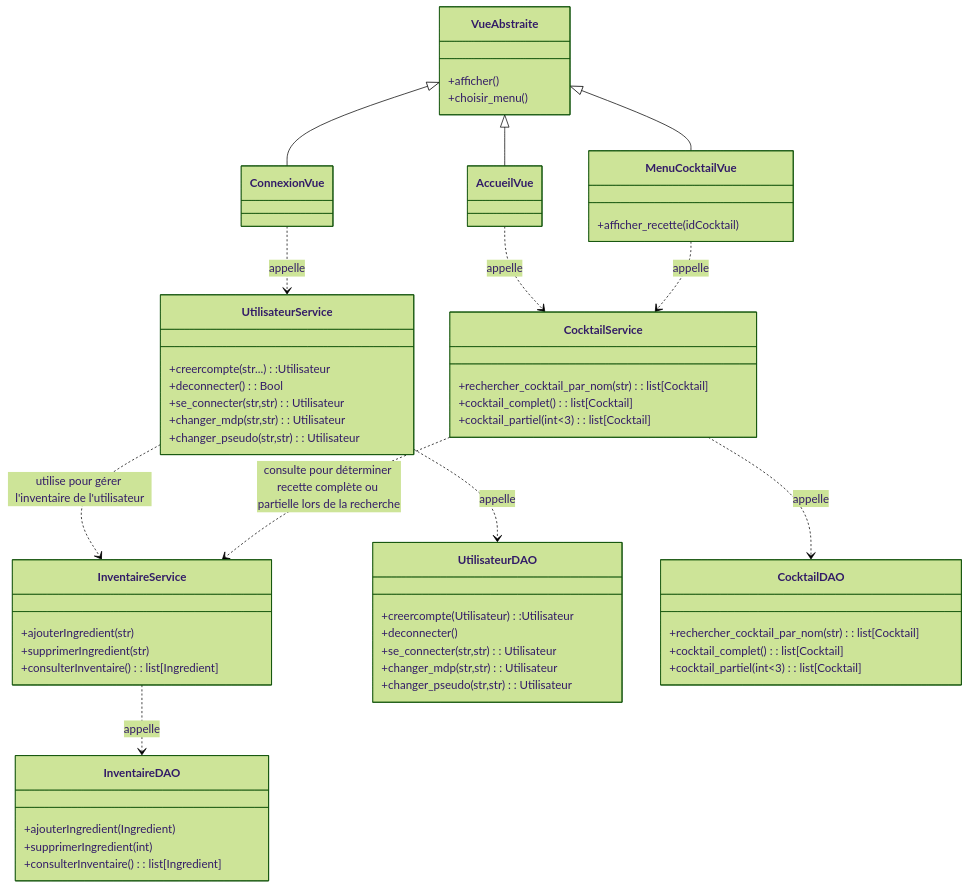
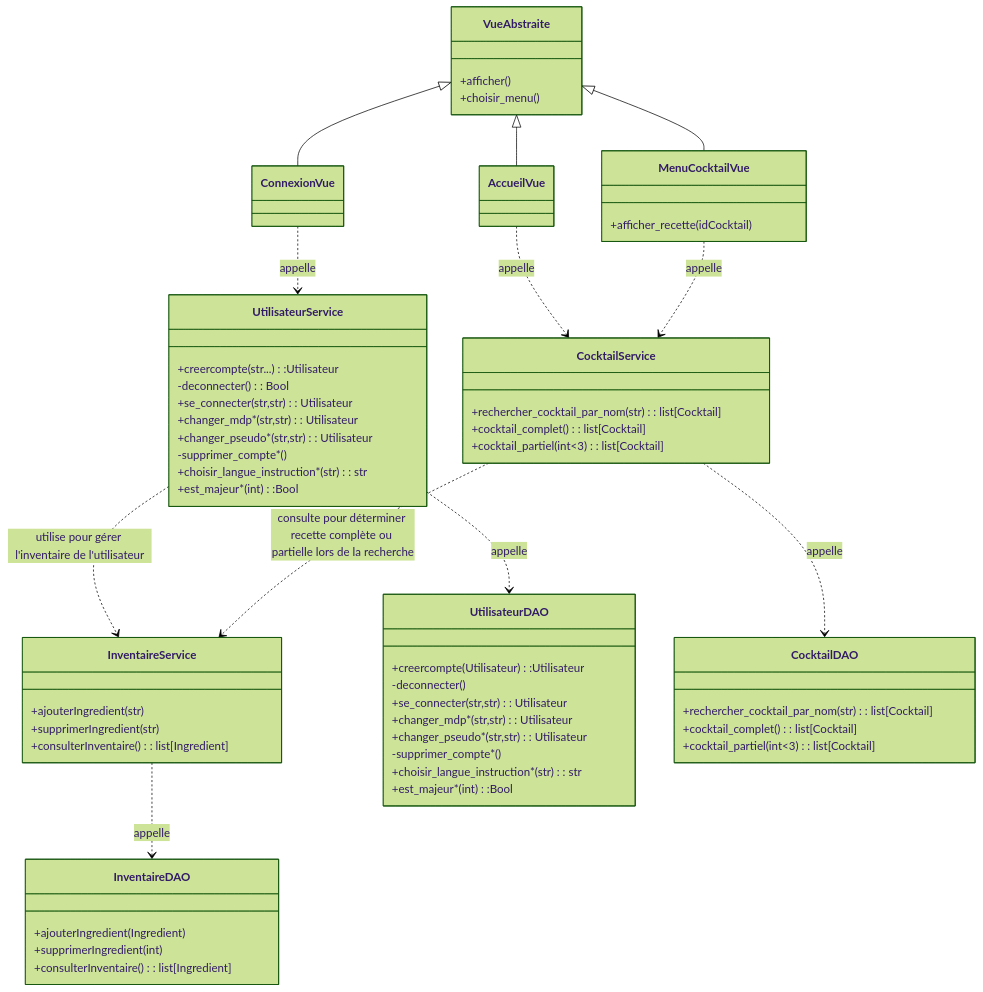
Before and after one commit to morgannder/ENSAI-2A-projet-info: the diagram in doc/diag_classes_business.md, drawn with Mermaid (forest theme). The commit also changed 1 other file, not shown here.

Commit message:
Mise à jour des diagrammes de classes avec les fonctionnalitées optionnelles

````diff
--- a/doc/diag_classes_business.md
+++ b/doc/diag_classes_business.md
@@ -43,10 +43,13 @@
   
     class UtilisateurService {
         +creercompte(str...) :Utilisateur
-        +deconnecter() : Bool
+        -deconnecter() : Bool
         +se_connecter(str,str) : Utilisateur
-        +changer_mdp(str,str) : Utilisateur
-        +changer_pseudo(str,str) : Utilisateur
+        +changer_mdp*(str,str) : Utilisateur
+        +changer_pseudo*(str,str) : Utilisateur
+        -supprimer_compte*()
+        +choisir_langue_instruction*(str): str
+        +est_majeur*(int):Bool
     }
 
     class InventaireService {
@@ -60,16 +63,18 @@
         +cocktail_complet() : list[Cocktail]
         +cocktail_partiel(int<3) : list[Cocktail]
     }
-
     
     %% DAO (Business Layer)
  
     class UtilisateurDAO {
         +creercompte(Utilisateur) :Utilisateur
-        +deconnecter()
+        -deconnecter()
         +se_connecter(str,str) : Utilisateur
-        +changer_mdp(str,str) : Utilisateur
-        +changer_pseudo(str,str) : Utilisateur
+        +changer_mdp*(str,str) : Utilisateur
+        +changer_pseudo*(str,str) : Utilisateur
+        -supprimer_compte*()
+        +choisir_langue_instruction*(str): str
+        +est_majeur*(int):Bool
     }
 
     class CocktailDAO {
@@ -100,5 +105,4 @@
     UtilisateurService ..> InventaireService : utilise pour gérer l'inventaire de l'utilisateur
     CocktailService ..> InventaireService : consulte pour déterminer recette complète ou partielle lors de la recherche
 
-
 ```
````
